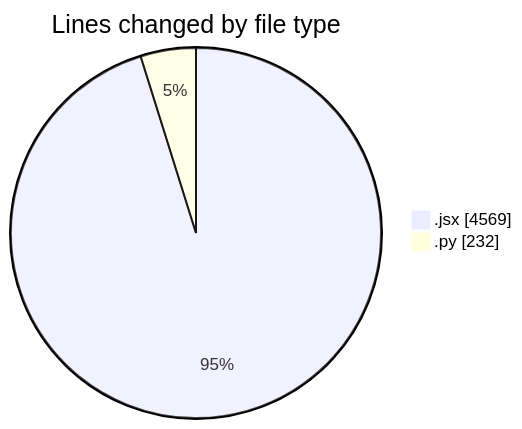
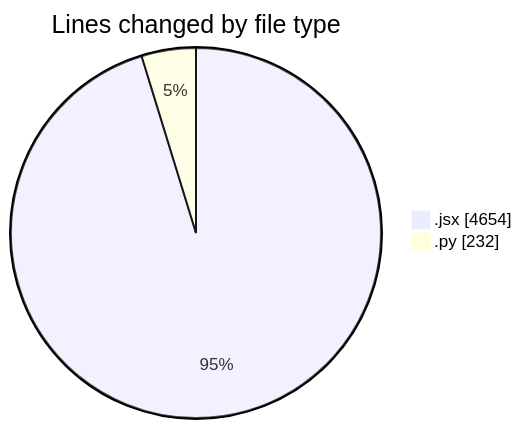
Before and after one commit to nxtqubesakshisongat/code-tracking: the first of 2 diagrams in 2025-05-20/nxtqube_webapp/README.md, drawn with Mermaid. The commit also changed other lines of this file and 1 other file, not shown here.

````diff
--- a/2025-05-20/nxtqube_webapp/README.md
+++ b/2025-05-20/nxtqube_webapp/README.md
@@ -23,6 +23,6 @@
 ```mermaid
 pie showData
 title Lines changed by file type
-".jsx" : 4569
+".jsx" : 4654
 ".py" : 232
 ```
````
